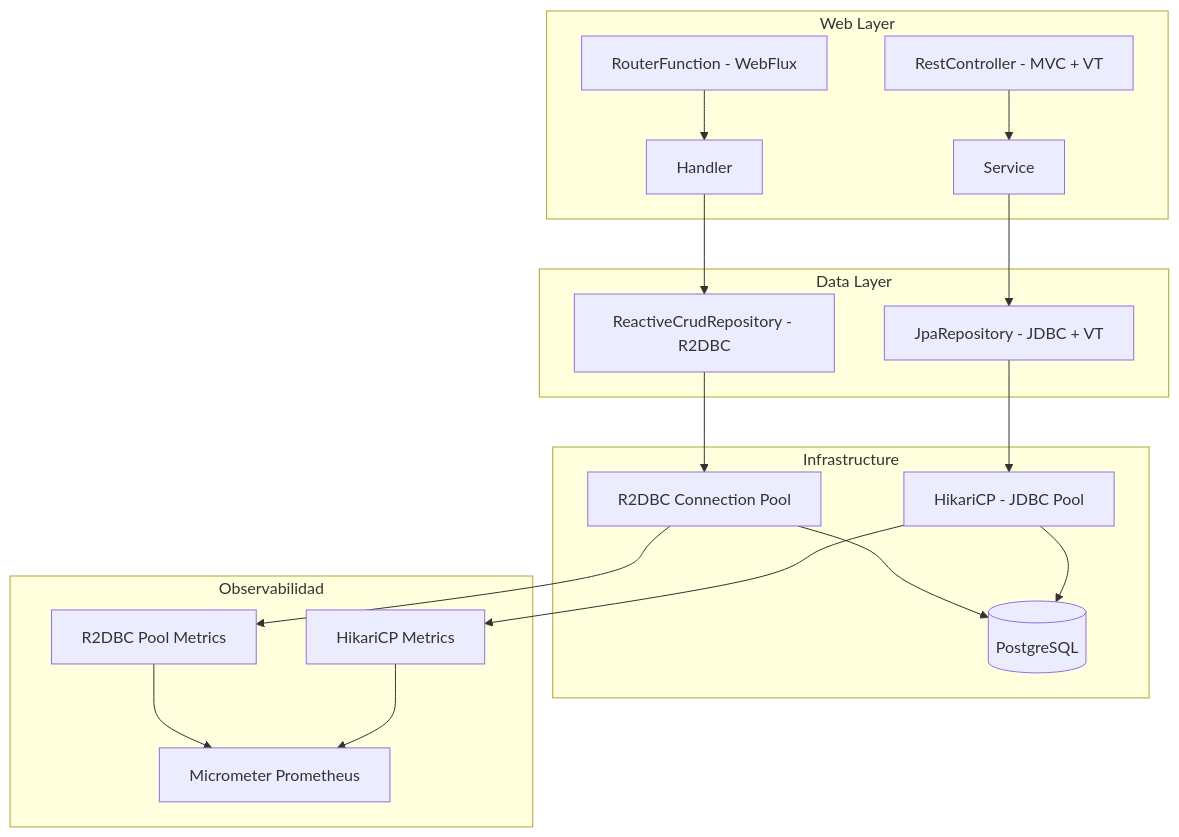
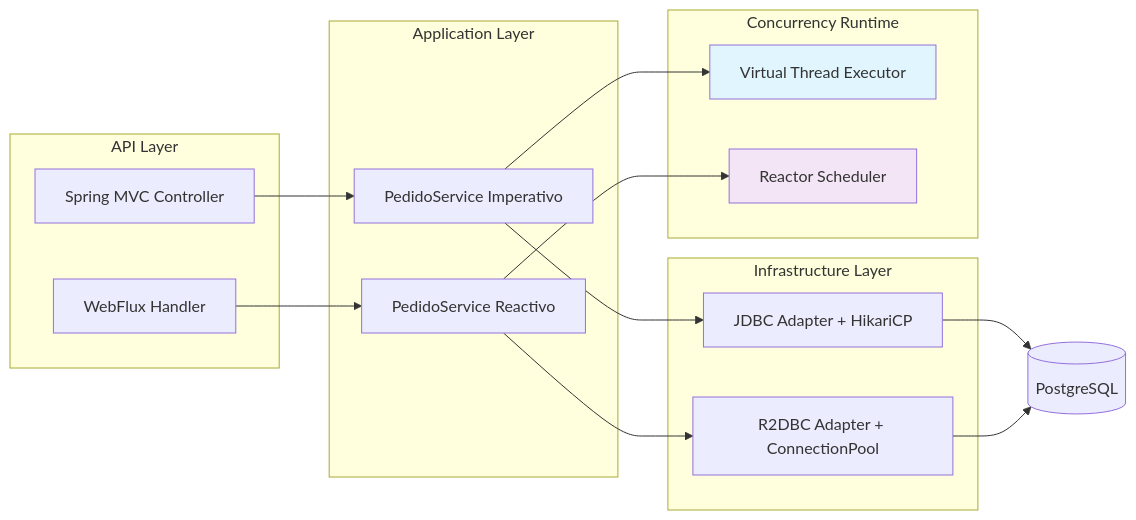
One commit to Joaquinriosheredia/DAM-Java-Mastery changed the second of 4 diagrams in 03_Spring_Ecosystem/spring_boot_34_r2dbc_virtual_threads_STAFF.md. Above: the diagram before and after it, drawn with Mermaid. The commit also changed other lines of this file, not shown here.

Commit message:
spring_boot_34_r2dbc_virtual_threads_STAFF.md

````diff
--- a/03_Spring_Ecosystem/spring_boot_34_r2dbc_virtual_threads_STAFF.md
+++ b/03_Spring_Ecosystem/spring_boot_34_r2dbc_virtual_threads_STAFF.md
@@ -58,23 +131,35 @@
 ```mermaid
-graph TD
-    subgraph Web Layer
-        A[RouterFunction - WebFlux] --> B[Handler]
-        C[RestController - MVC + VT] --> D[Service]
+graph LR
+    subgraph "API Layer"
+        MVC[Spring MVC Controller]
+        FLUX[WebFlux Handler]
     end
-    subgraph Data Layer
-        B --> E[ReactiveCrudRepository - R2DBC]
-        D --> F[JpaRepository - JDBC + VT]
+    
+    subgraph "Application Layer"
+        SVC_IMP[PedidoService Imperativo]
+        SVC_REA[PedidoService Reactivo]
     end
-    subgraph Infrastructure
-        E --> G[R2DBC Connection Pool]
-        F --> H[HikariCP - JDBC Pool]
-        G --> I[(PostgreSQL)]
-        H --> I
+    
+    subgraph "Infrastructure Layer"
+        JDBC[JDBC Adapter + HikariCP]
+        R2DBC[R2DBC Adapter + ConnectionPool]
     end
-    subgraph Observabilidad
-        G --> J[R2DBC Pool Metrics]
-        H --> K[HikariCP Metrics]
-        J --> L[Micrometer Prometheus]
-        K --> L
+    
+    subgraph "Concurrency Runtime"
+        VT[Virtual Thread Executor]
+        REACTOR[Reactor Scheduler]
     end
+    
+    MVC --> SVC_IMP
+    FLUX --> SVC_REA
+    SVC_IMP --> JDBC
+    SVC_REA --> R2DBC
+    SVC_IMP --> VT
+    SVC_REA --> REACTOR
+    
+    JDBC --> DB[(PostgreSQL)]
+    R2DBC --> DB
+    
+    style VT fill:#e1f5fe
+    style REACTOR fill:#f3e5f5
 ```
````
